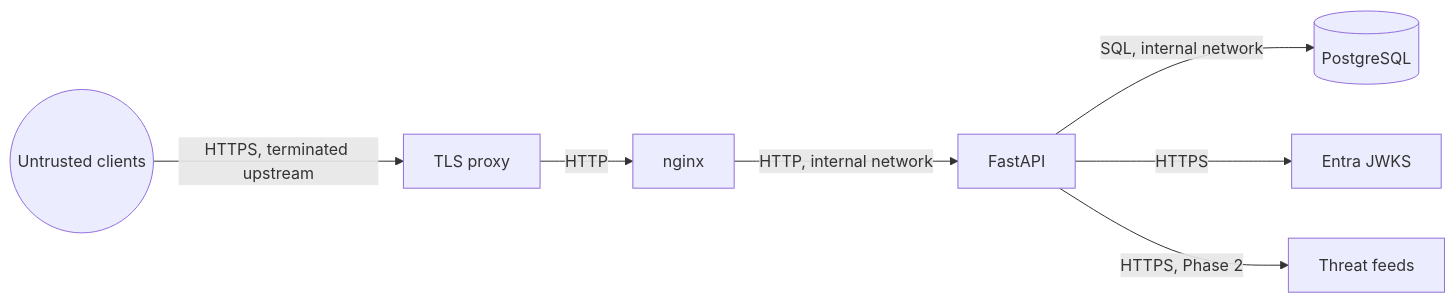
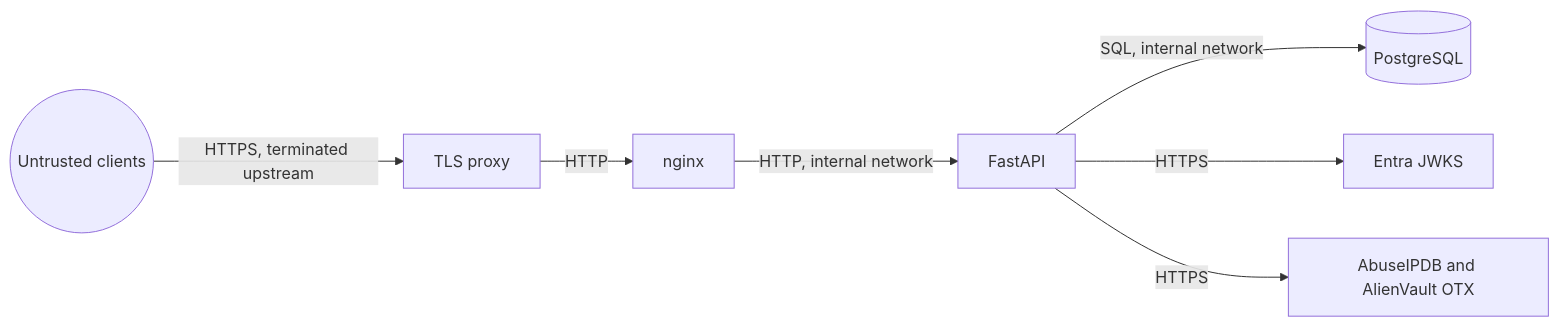
The diagram in docs/threat-model.md (FireHeaven166114/CipherForge), drawn with Mermaid before and after one commit. The commit also changed other lines of this file and 48 other files, not shown here.

First line of the commit message:
feat: Phase 2 threat-intelligence backend (AbuseIPDB + AlienVault OTX)

````diff
--- a/docs/threat-model.md
+++ b/docs/threat-model.md
@@ -34,9 +35,9 @@
 ```mermaid
 flowchart LR
     Internet((Untrusted clients)) -->|HTTPS, terminated upstream| Proxy[TLS proxy]
     Proxy -->|HTTP| Nginx[nginx]
     Nginx -->|HTTP, internal network| API[FastAPI]
     API -->|SQL, internal network| DB[(PostgreSQL)]
     API -->|HTTPS| Entra[Entra JWKS]
-    API -->|HTTPS, Phase 2| Feeds[Threat feeds]
+    API -->|HTTPS| Feeds[AbuseIPDB and AlienVault OTX]
 ```
````
